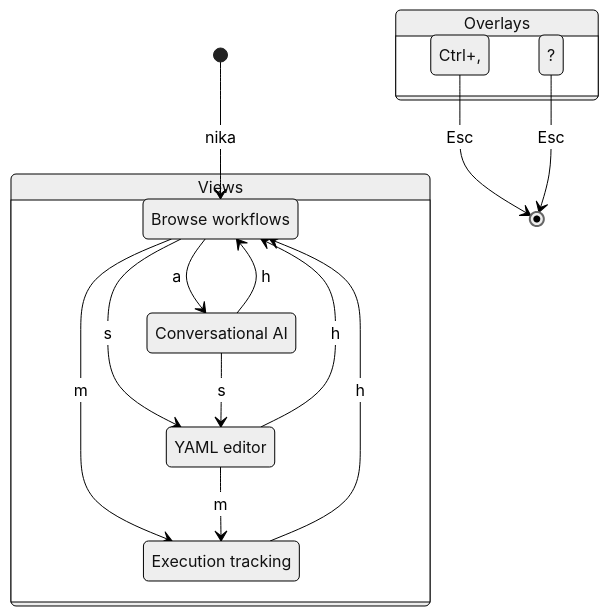
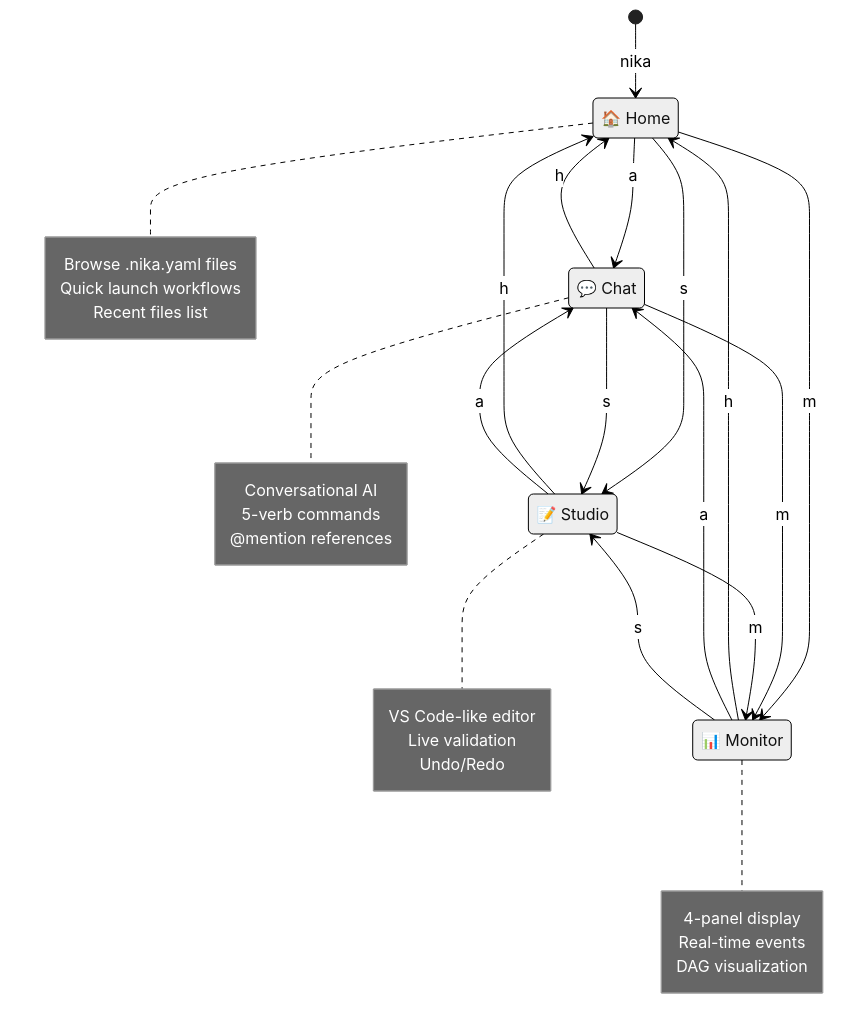
The ninth of 13 diagrams in README.md (supernovae-st/nika), drawn with Mermaid (neutral theme) before and after one commit. The commit also changed other lines of this file, not shown here.

````diff
--- a/README.md
+++ b/README.md
@@ -553,27 +955,49 @@
 ```mermaid
 stateDiagram-v2
     [*] --> Home: nika
+
     Home --> Chat: a
     Home --> Studio: s
     Home --> Monitor: m
+
     Chat --> Home: h
     Chat --> Studio: s
+    Chat --> Monitor: m
+
     Studio --> Home: h
+    Studio --> Chat: a
     Studio --> Monitor: m
+
     Monitor --> Home: h
+    Monitor --> Chat: a
+    Monitor --> Studio: s
 
-    Settings --> [*]: Esc
-    Help --> [*]: Esc
+    state "🏠 Home" as Home
+    state "💬 Chat" as Chat
+    state "📝 Studio" as Studio
+    state "📊 Monitor" as Monitor
 
-    state "Views" as views {
-        Home: Browse workflows
-        Chat: Conversational AI
-        Studio: YAML editor
-        Monitor: Execution tracking
-    }
+    note right of Home
+        Browse .nika.yaml files
+        Quick launch workflows
+        Recent files list
+    end note
 
-    state "Overlays" as overlays {
-        Settings: Ctrl+,
-        Help: ?
-    }
+    note right of Chat
+        Conversational AI
+        5-verb commands
+        @mention references
+    end note
+
+    note right of Studio
+        VS Code-like editor
+        Live validation
+        Undo/Redo
+    end note
+
+    note right of Monitor
+        4-panel display
+        Real-time events
+        DAG visualization
+    end note
 ```
````
